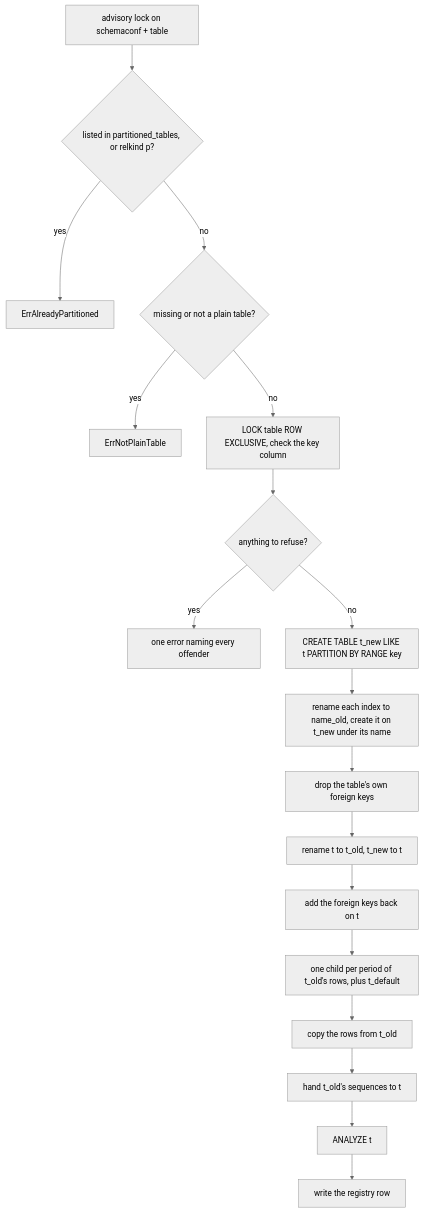
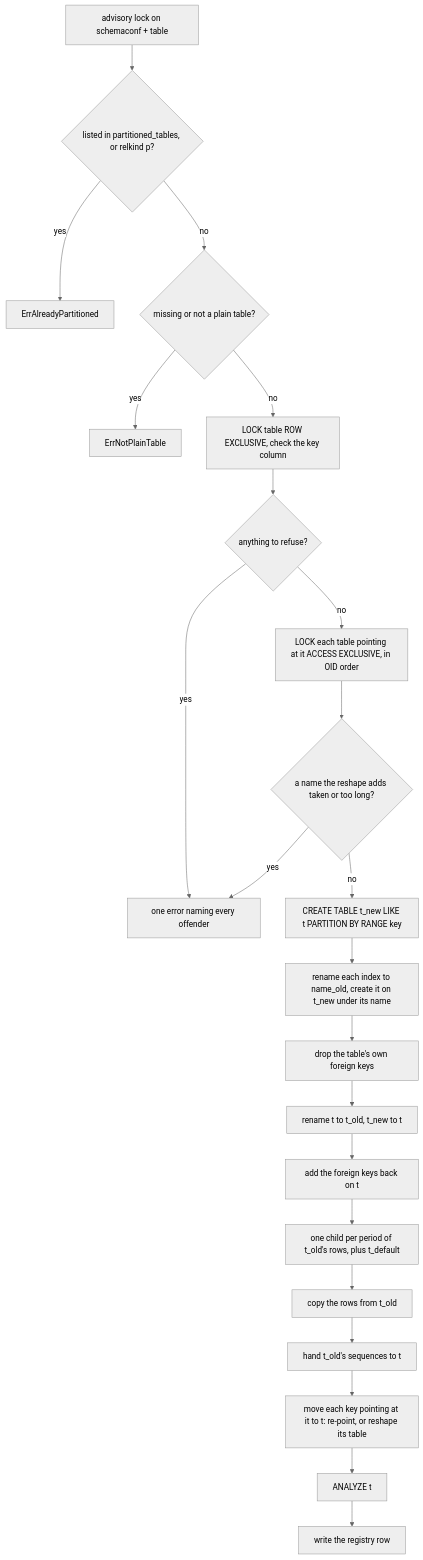
One commit to pdcgo/san_pgpartition changed the second of 8 diagrams in README.md. Above: the diagram before and after it, drawn with Mermaid (neutral theme). The commit also changed other lines of this file and 16 other files, not shown here.

First line of the commit message:
feat: reshape foreign keys pointing in; moves no longer fire them

````diff
--- a/README.md
+++ b/README.md
@@ -117,20 +117,24 @@
 ```mermaid
 flowchart TD
   L[advisory lock on schemaconf + table] --> R{"listed in partitioned_tables, or relkind p?"}
   R -->|yes| AP[ErrAlreadyPartitioned]
   R -->|no| P{"missing or not a plain table?"}
   P -->|yes| NP[ErrNotPlainTable]
   P -->|no| K[LOCK table ROW EXCLUSIVE, check the key column]
   K --> X{"anything to refuse?"}
   X -->|yes| E["one error naming every offender"]
-  X -->|no| N[CREATE TABLE t_new LIKE t PARTITION BY RANGE key]
+  X -->|no| LR["LOCK each table pointing at it ACCESS EXCLUSIVE, in OID order"]
+  LR --> NM{"a name the reshape adds taken or too long?"}
+  NM -->|yes| E
+  NM -->|no| N[CREATE TABLE t_new LIKE t PARTITION BY RANGE key]
   N --> I["rename each index to name_old, create it on t_new under its name"]
   I --> F[drop the table's own foreign keys]
   F --> S["rename t to t_old, t_new to t"]
   S --> FA[add the foreign keys back on t]
   FA --> C["one child per period of t_old's rows, plus t_default"]
   C --> SD[copy the rows from t_old]
   SD --> Q[hand t_old's sequences to t]
-  Q --> AN[ANALYZE t]
+  Q --> RS["move each key pointing at it to t: re-point, or reshape its table"]
+  RS --> AN[ANALYZE t]
   AN --> W[write the registry row]
 ```
````
